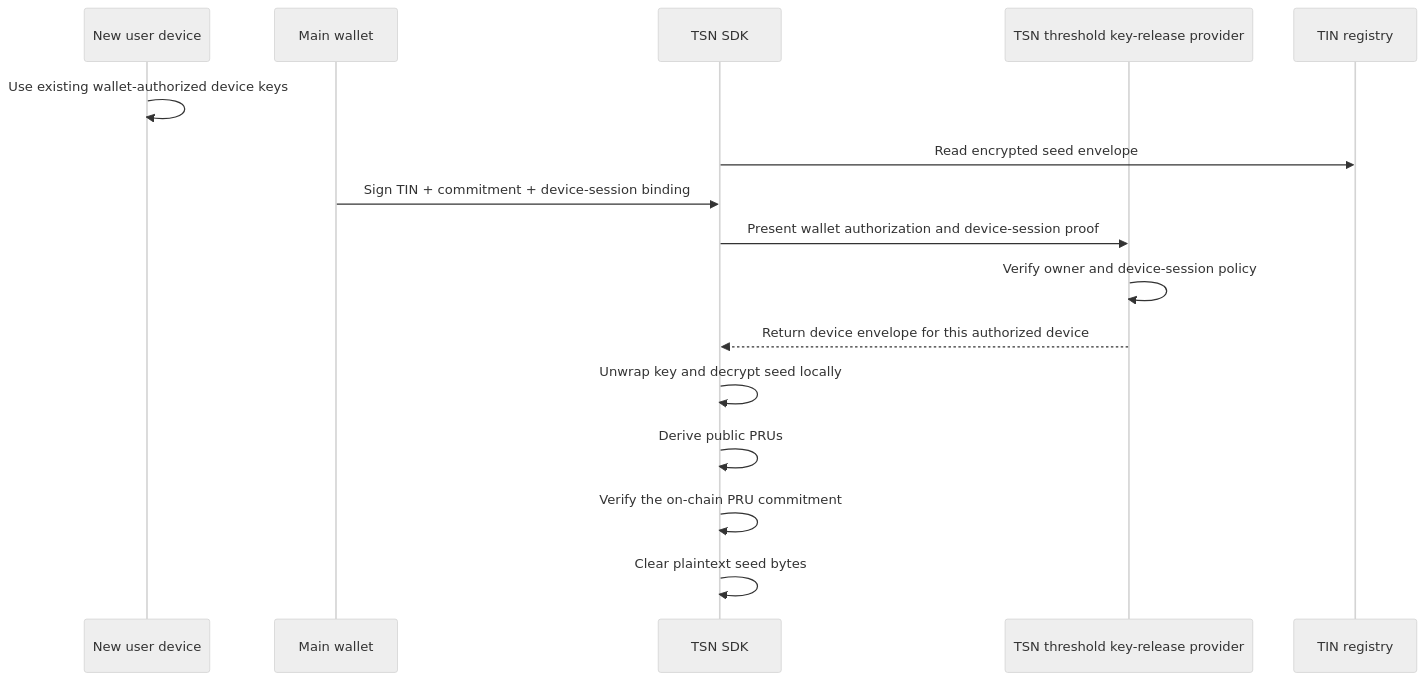
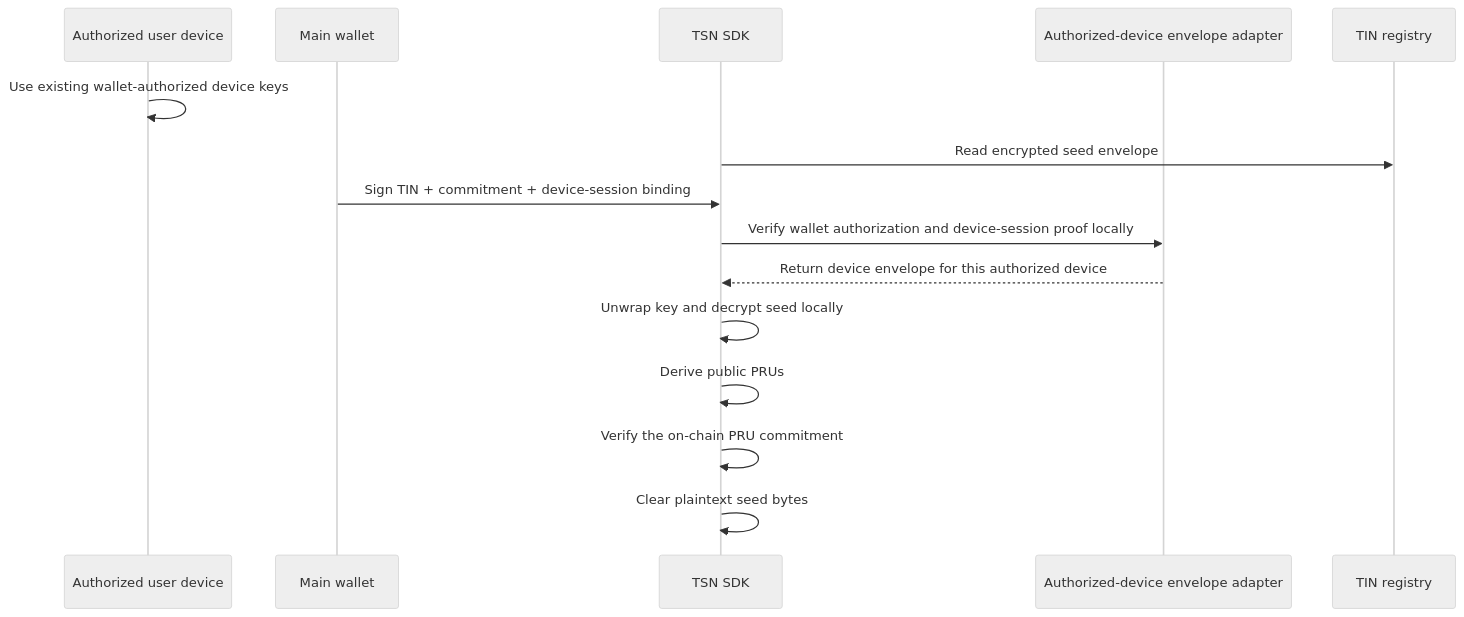
Before and after one commit to bigdreamsweb3/trustlink-pay: the second of 2 diagrams in docs/tin-master-seed-architecture.md, drawn with Mermaid (neutral theme). The commit also changed other lines of this file and 8 other files, not shown here.

````diff
--- a/docs/tin-master-seed-architecture.md
+++ b/docs/tin-master-seed-architecture.md
@@ -109,19 +107,18 @@
 ```mermaid
 sequenceDiagram
-    participant D as New user device
+    participant D as Authorized user device
     participant W as Main wallet
     participant SDK as TSN SDK
-    participant K as TSN threshold key-release provider
+    participant K as Authorized-device envelope adapter
     participant T as TIN registry
 
     D->>D: Use existing wallet-authorized device keys
     SDK->>T: Read encrypted seed envelope
     W->>SDK: Sign TIN + commitment + device-session binding
-    SDK->>K: Present wallet authorization and device-session proof
-    K->>K: Verify owner and device-session policy
+    SDK->>K: Verify wallet authorization and device-session proof locally
     K-->>SDK: Return device envelope for this authorized device
     SDK->>SDK: Unwrap key and decrypt seed locally
     SDK->>SDK: Derive public PRUs
     SDK->>SDK: Verify the on-chain PRU commitment
     SDK->>SDK: Clear plaintext seed bytes
 ```
````
